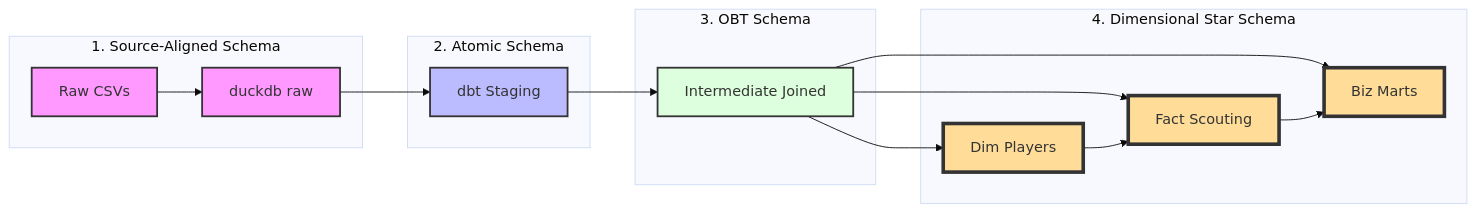
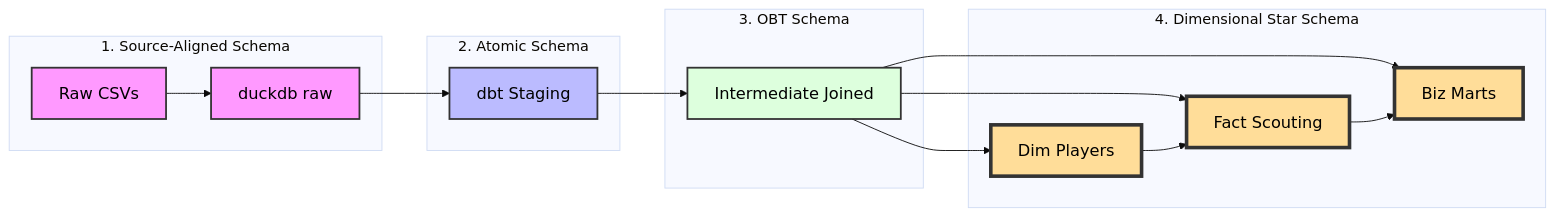
The first of 2 diagrams in README.md (MahmoudMahdy448/NextGenEUPlayers), drawn with Mermaid (base theme) before and after one commit. The commit also changed other lines of this file and 1 other file, not shown here.

Commit message:
feat: Add script to generate Mermaid ERD for database schemas

````diff
--- a/README.md
+++ b/README.md
@@ -75,37 +75,37 @@
 ```mermaid
 flowchart LR
     %% Styles
-    classDef raw fill:#f9f,stroke:#333,stroke-width:2px
-    classDef stage fill:#bbf,stroke:#333,stroke-width:2px
-    classDef int fill:#dfd,stroke:#333,stroke-width:2px
-    classDef mart fill:#fd9,stroke:#333,stroke-width:4px
+    classDef raw fill:#f9f,stroke:#333,stroke-width:2px,font-size:18px,color:#000;
+    classDef stage fill:#bbf,stroke:#333,stroke-width:2px,font-size:18px,color:#000;
+    classDef int fill:#dfd,stroke:#333,stroke-width:2px,font-size:18px,color:#000;
+    classDef mart fill:#fd9,stroke:#333,stroke-width:4px,font-size:18px,color:#000;
 
     %% Nodes
     subgraph Source["1. Source-Aligned Schema"]
         CSV["Raw CSVs"] --> Raw["duckdb raw"]
     end
 
     subgraph Atomic["2. Atomic Schema"]
         Raw --> Stg["dbt Staging"]
     end
 
     subgraph OBT["3. OBT Schema"]
         Stg --> Int["Intermediate Joined"]
     end
 
     subgraph Star["4. Dimensional Star Schema"]
         Int --> Dim["Dim Players"]
         Int --> Fact["Fact Scouting"]
         Int --> Biz["Biz Marts"]
     end
 
     %% Edge connections
     Dim --> Fact
     Fact --> Biz
 
     %% Styling
     class CSV,Raw raw
     class Stg stage
     class Int int
     class Dim,Fact,Biz mart
 ```
````
